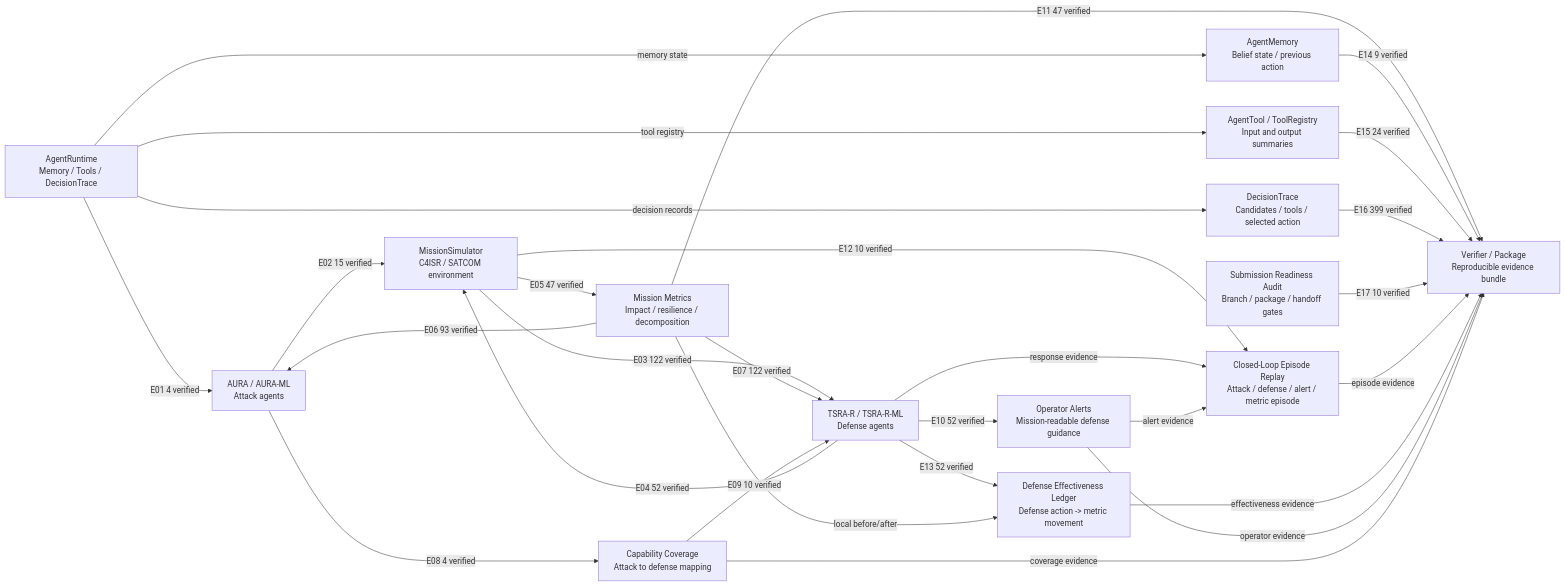
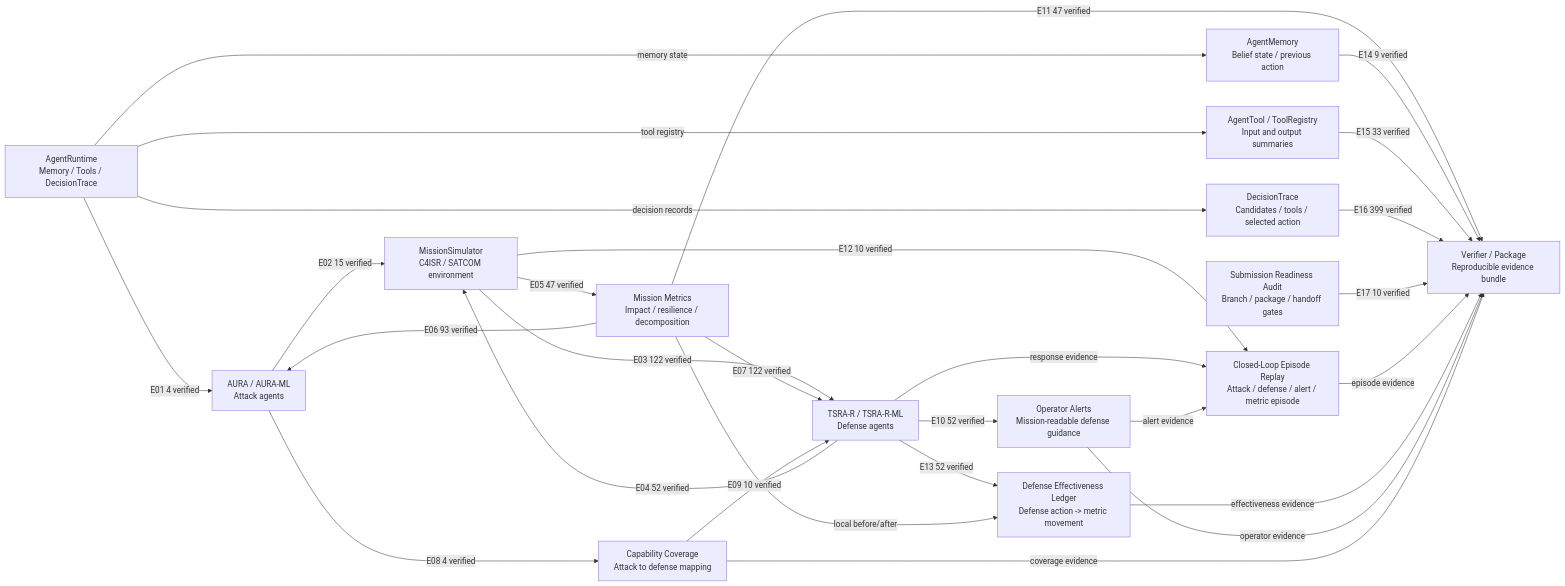
One commit to Hbin77/LIG_DAH_AGI changed the diagram in outputs/report_tables/agent_collaboration_graph.md. Above: the diagram before and after it, drawn with Mermaid. The commit also changed other lines of this file and 50 other files, not shown here.

Commit message:
Add cross-agent context flow audit

````diff
--- a/outputs/report_tables/agent_collaboration_graph.md
+++ b/outputs/report_tables/agent_collaboration_graph.md
@@ -7,44 +7,44 @@
 ```mermaid
 flowchart LR
   Runtime[AgentRuntime\nMemory / Tools / DecisionTrace]
   Memory[AgentMemory\nBelief state / previous action]
   Tools[AgentTool / ToolRegistry\nInput and output summaries]
   Trace[DecisionTrace\nCandidates / tools / selected action]
   Aura[AURA / AURA-ML\nAttack agents]
   Sim[MissionSimulator\nC4ISR / SATCOM environment]
   Tsra[TSRA-R / TSRA-R-ML\nDefense agents]
   Metrics[Mission Metrics\nImpact / resilience / decomposition]
   Alerts[Operator Alerts\nMission-readable defense guidance]
   Ledger[Defense Effectiveness Ledger\nDefense action -> metric movement]
   Coverage[Capability Coverage\nAttack to defense mapping]
   Replay[Closed-Loop Episode Replay\nAttack / defense / alert / metric episode]
   Readiness[Submission Readiness Audit\nBranch / package / handoff gates]
   Verifier[Verifier / Package\nReproducible evidence bundle]
   Runtime -->|E01 4 verified| Aura
   Runtime -->|memory state| Memory
   Runtime -->|tool registry| Tools
   Runtime -->|decision records| Trace
   Aura -->|E02 15 verified| Sim
   Sim -->|E03 122 verified| Tsra
   Tsra -->|E04 52 verified| Sim
   Sim -->|E05 47 verified| Metrics
   Metrics -->|E06 93 verified| Aura
   Metrics -->|E07 122 verified| Tsra
   Aura -->|E08 4 verified| Coverage
   Coverage -->|E09 10 verified| Tsra
   Tsra -->|E10 52 verified| Alerts
   Metrics -->|E11 47 verified| Verifier
   Sim -->|E12 10 verified| Replay
   Tsra -->|E13 52 verified| Ledger
   Metrics -->|local before/after| Ledger
   Memory -->|E14 9 verified| Verifier
-  Tools -->|E15 24 verified| Verifier
+  Tools -->|E15 33 verified| Verifier
   Trace -->|E16 399 verified| Verifier
   Readiness -->|E17 10 verified| Verifier
   Tsra -->|response evidence| Replay
   Alerts -->|alert evidence| Replay
   Replay -->|episode evidence| Verifier
   Ledger -->|effectiveness evidence| Verifier
   Alerts -->|operator evidence| Verifier
   Coverage -->|coverage evidence| Verifier
 ```
````
